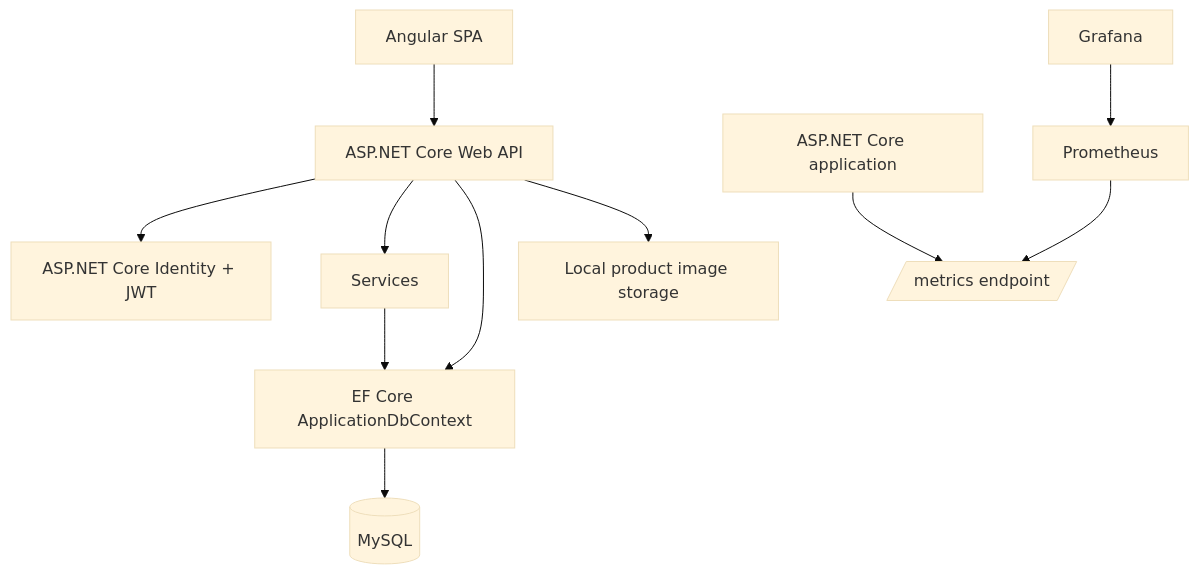
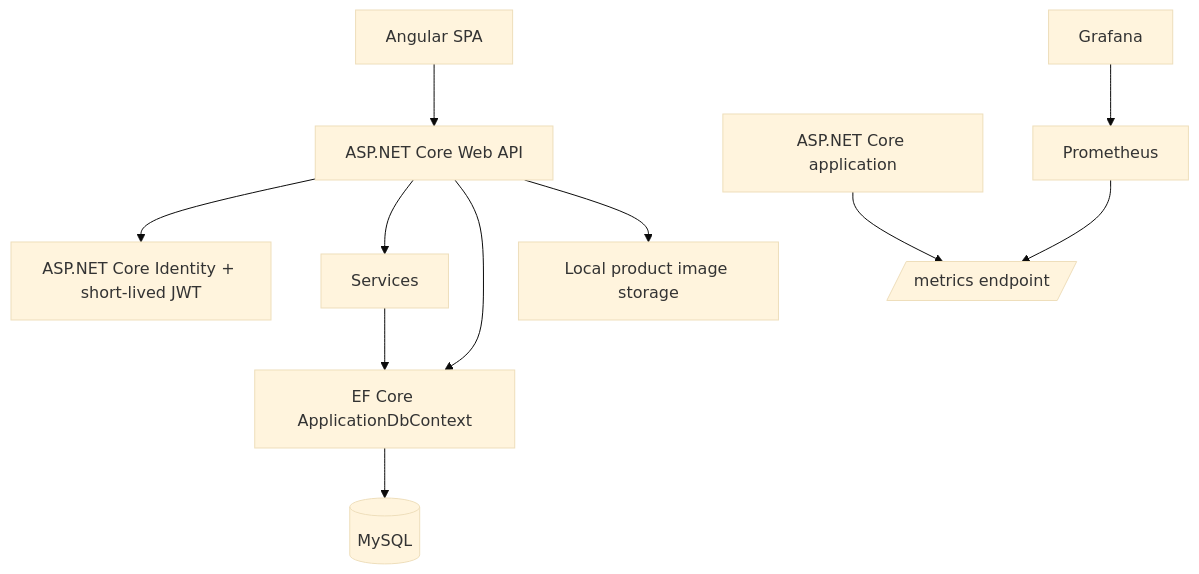
One commit to mmvelase60/ProductVault changed the diagram in docs/architecture.md. Above: the diagram before and after it, drawn with Mermaid (base theme). The commit also changed other lines of this file and 25 other files, not shown here.

````diff
--- a/docs/architecture.md
+++ b/docs/architecture.md
@@ -5,13 +5,13 @@
 ```mermaid
 flowchart TB
     Browser[Angular SPA] --> API[ASP.NET Core Web API]
-    API --> Identity[ASP.NET Core Identity + JWT]
+    API --> Identity[ASP.NET Core Identity + short-lived JWT]
     API --> Services
     Services --> EF[EF Core ApplicationDbContext]
     API --> EF
     EF --> SQL[(MySQL)]
     API --> Files[Local product image storage]
     App[ASP.NET Core application] --> Metrics[/metrics endpoint/]
     Prometheus --> Metrics
     Grafana --> Prometheus
 ```
````
